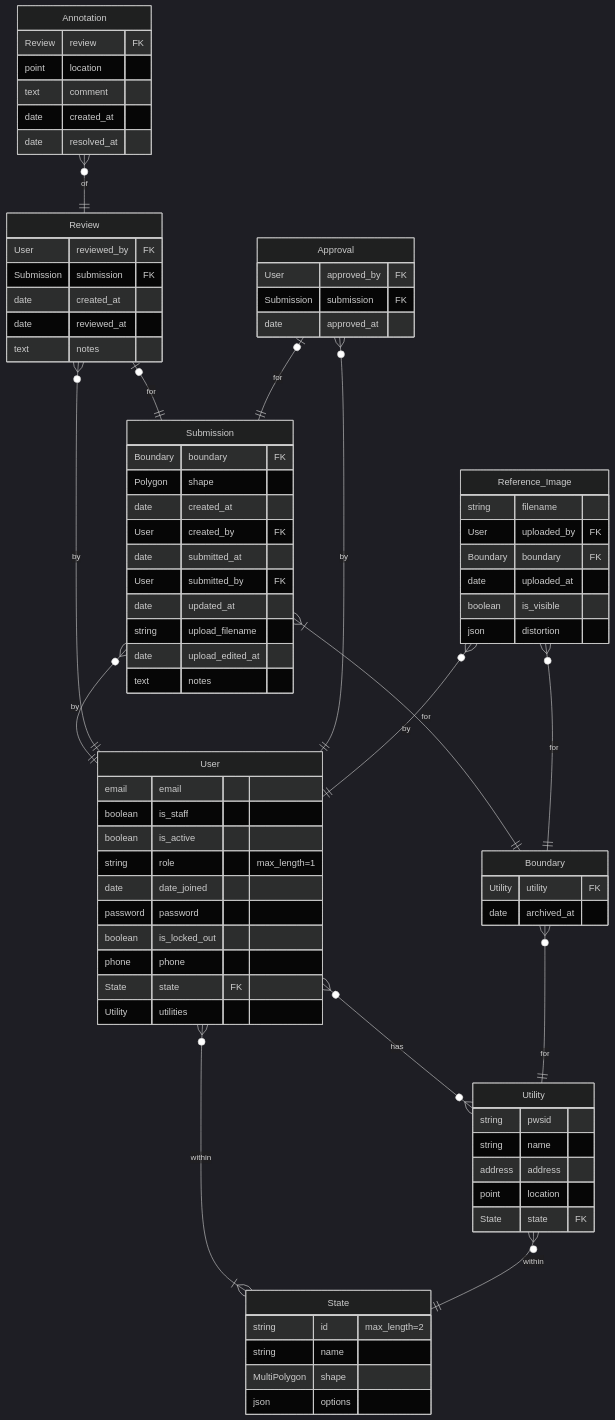
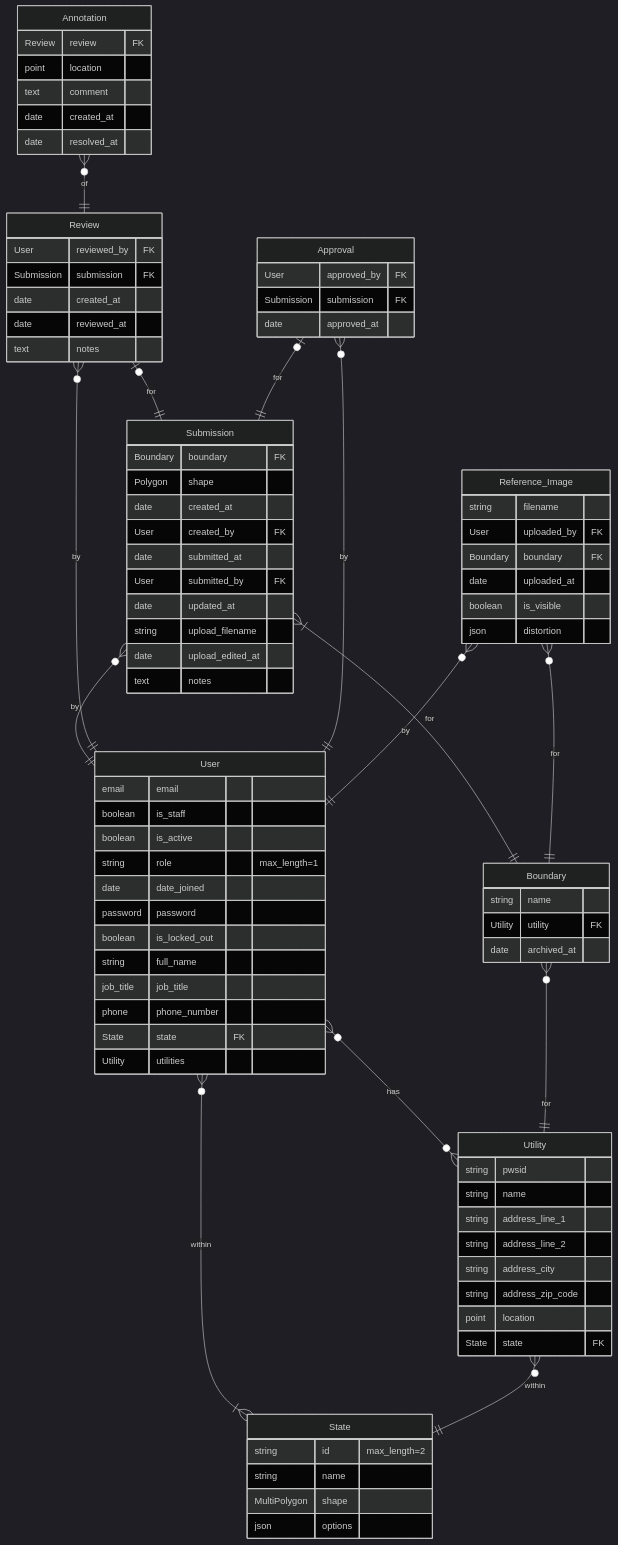
The diagram in doc/arch/adr-001-data-models.md (azavea/iow-boundary-tool), drawn with Mermaid (dark theme) before and after one commit. The commit also changed 10 other files, not shown here.

```diff
--- a/doc/arch/adr-001-data-models.md
+++ b/doc/arch/adr-001-data-models.md
@@ -16,7 +16,9 @@
         date date_joined
         password password
         boolean is_locked_out
-        phone phone
+        string full_name
+        job_title job_title
+        phone phone_number
         State state FK
         Utility utilities
     }
@@ -24,7 +26,10 @@
     Utility {
         string pwsid
         string name
-        address address
+        string address_line_1
+        string address_line_2
+        string address_city
+        string address_zip_code
         point location
         State state FK
     }
@@ -36,6 +41,7 @@
     }
     Boundary }o--|| Utility : "for"
     Boundary {
+        string name
         Utility utility FK
         date archived_at
     }
```
